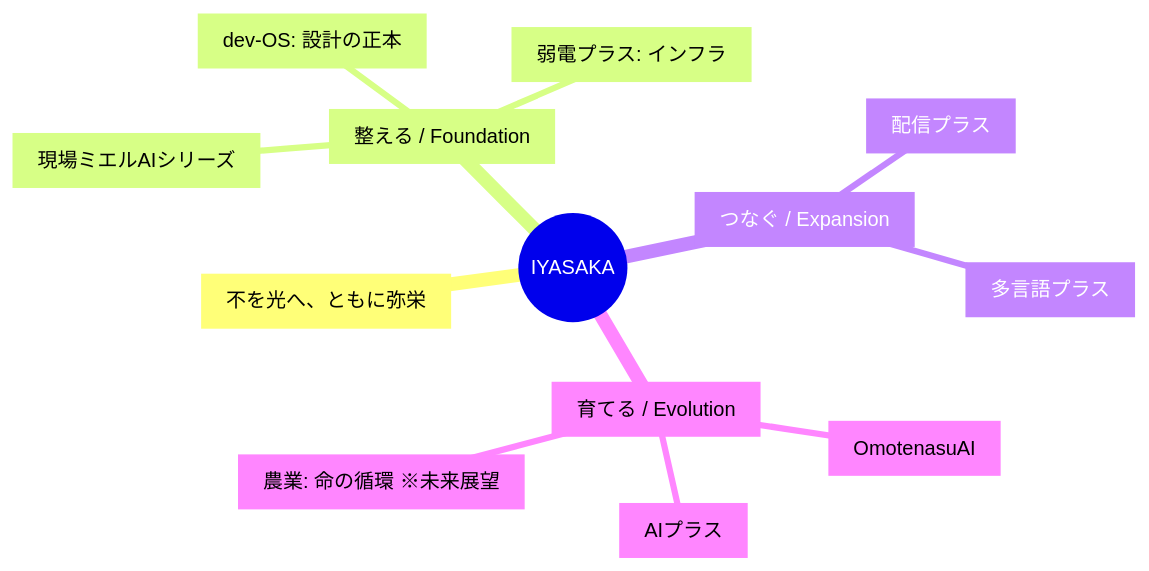
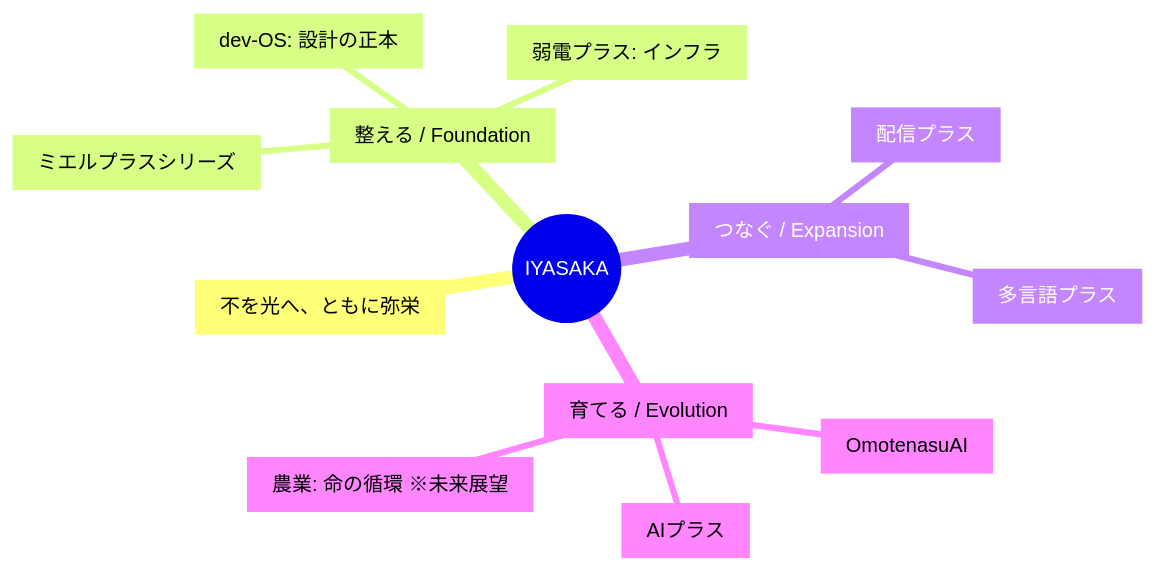
The first of 2 diagrams in docs/IYASAKA_BRAND_MASTER_PROTOCOL.md (watchout/wbs), drawn with Mermaid before and after one commit. The commit also changed other lines of this file and 6 other files, not shown here.

````diff
--- a/docs/IYASAKA_BRAND_MASTER_PROTOCOL.md
+++ b/docs/IYASAKA_BRAND_MASTER_PROTOCOL.md
@@ -66,19 +66,19 @@
 ```mermaid
 mindmap
   root((IYASAKA))
     Philosophy[不を光へ、ともに弥栄]
     
     Pillar1[整える / Foundation]
       devOS[dev-OS: 設計の正本]
       WeakDen[弱電プラス: インフラ]
-      MieruAI[現場ミエルAIシリーズ]
+      MielPlus[ミエルプラスシリーズ]
     
     Pillar2[つなぐ / Expansion]
       Haishin[配信プラス]
       Tagengo[多言語プラス]
       
     Pillar3[育てる / Evolution]
       Omotenasu[OmotenasuAI]
       AIPlus[AIプラス]
       Agri[農業: 命の循環 ※未来展望]
 ```
````
